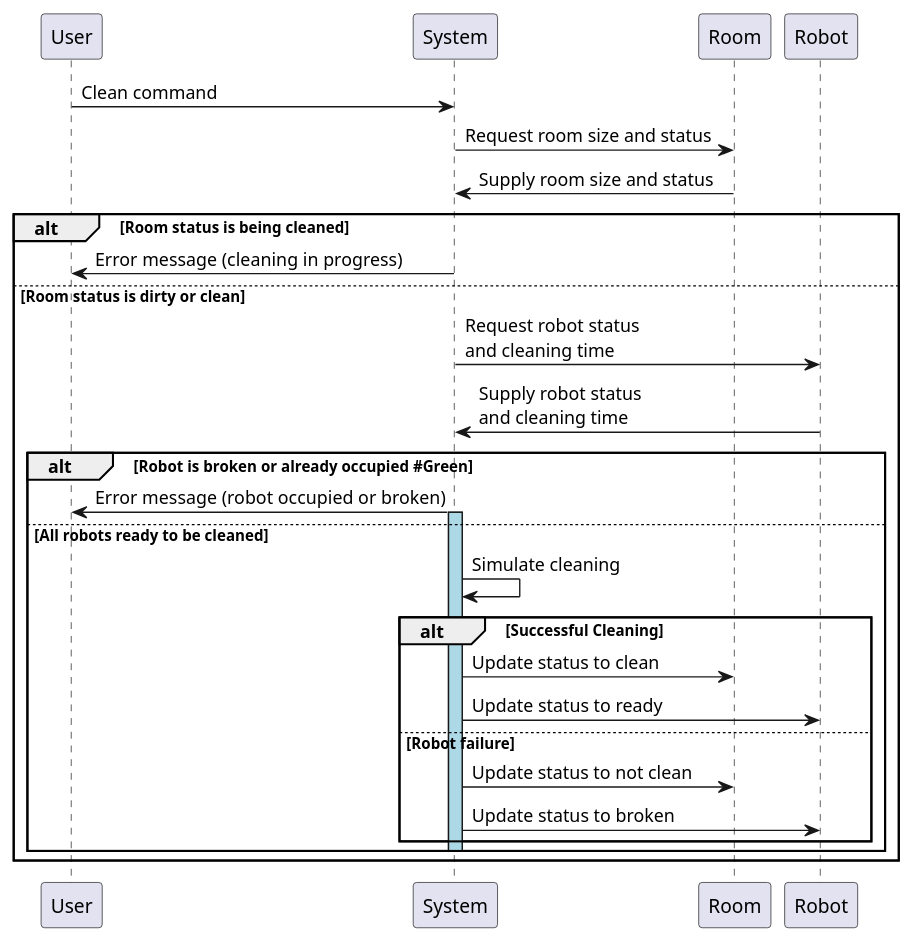
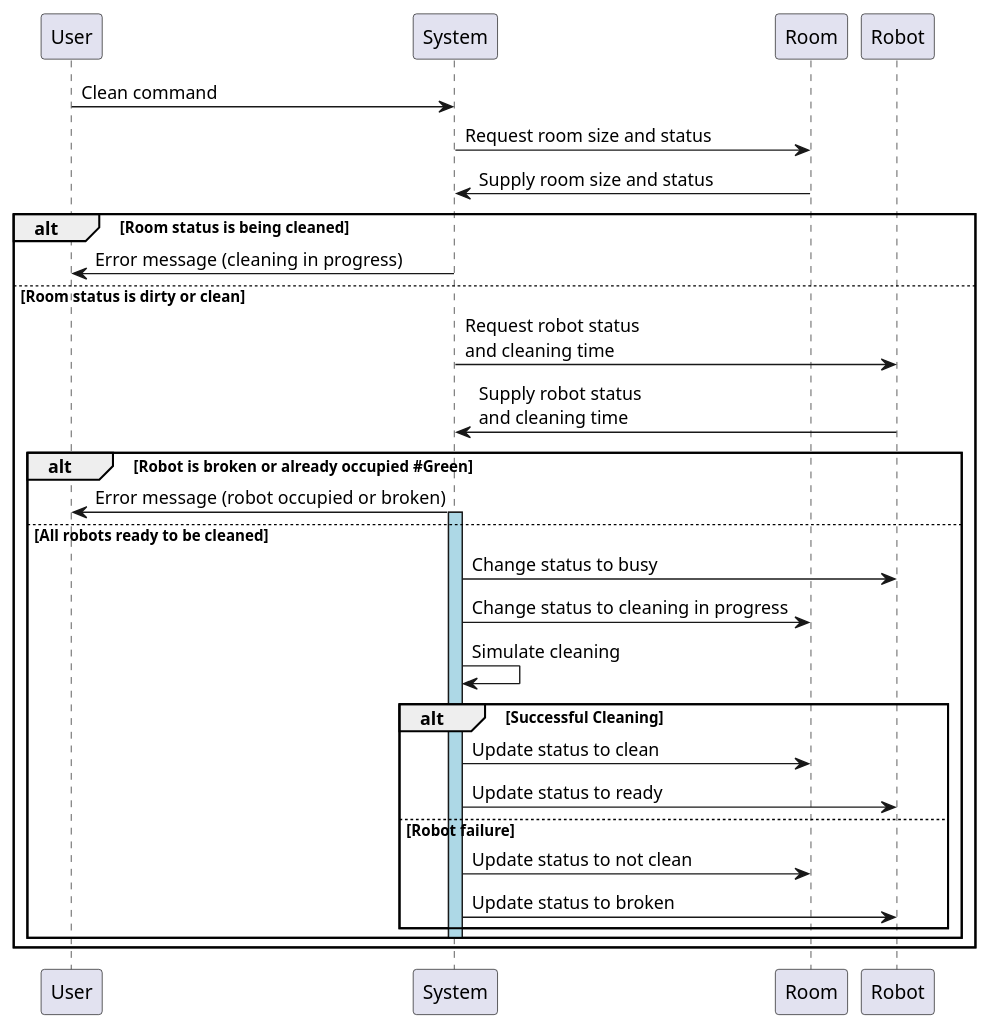
Before and after one commit to arisk02/robot-fleet-management-system: the diagram in docs/design/sequence_diagrams/clean_room_seq_diag.puml, drawn with PlantUML.

Commit message:
when cleaning, robot and room status changes

```diff
--- a/docs/design/sequence_diagrams/clean_room_seq_diag.puml
+++ b/docs/design/sequence_diagrams/clean_room_seq_diag.puml
@@ -1,26 +1,28 @@
 @startuml
 User -> System : Clean command
 System -> Room : Request room size and status
 Room -> System : Supply room size and status
 alt Room status is being cleaned 
     System -> User : Error message (cleaning in progress)
 else Room status is dirty or clean
     System -> Robot : Request robot status\nand cleaning time 
     Robot -> System : Supply robot status\nand cleaning time
     alt Robot is broken or already occupied #Green
         System -> User : Error message (robot occupied or broken)
     else All robots ready to be cleaned
         activate System #LightBlue
+        System -> Robot : Change status to busy
+        System -> Room : Change status to cleaning in progress
         System -> System : Simulate cleaning
         alt Successful Cleaning
             System -> Room : Update status to clean
             System -> Robot : Update status to ready
         else Robot failure
             System -> Room : Update status to not clean
             System -> Robot : Update status to broken
         end
         deactivate System
     end
 end
 
 @enduml
```
